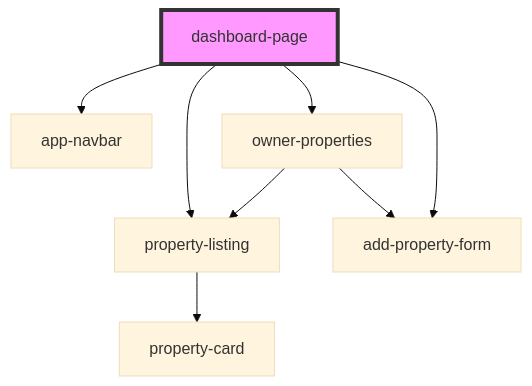
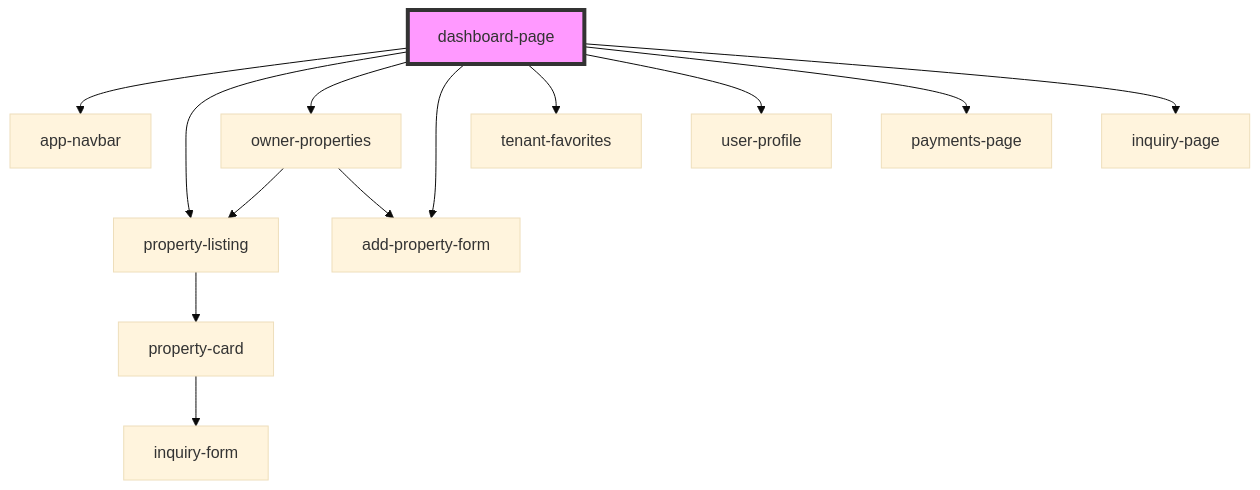
Before and after one commit to tharunsp072/findmynest: the diagram in fmn-frontend/src/components/dashboard-page/readme.md, drawn with Mermaid (base theme). The commit also changed other lines of this file and 37 other files, not shown here.

````diff
--- a/fmn-frontend/src/components/dashboard-page/readme.md
+++ b/fmn-frontend/src/components/dashboard-page/readme.md
@@ -18,11 +22,16 @@
 ```mermaid
 graph TD;
   dashboard-page --> app-navbar
   dashboard-page --> property-listing
   dashboard-page --> owner-properties
   dashboard-page --> add-property-form
+  dashboard-page --> tenant-favorites
+  dashboard-page --> user-profile
+  dashboard-page --> payments-page
+  dashboard-page --> inquiry-page
   property-listing --> property-card
+  property-card --> inquiry-form
   owner-properties --> property-listing
   owner-properties --> add-property-form
   style dashboard-page fill:#f9f,stroke:#333,stroke-width:4px
 ```
````
